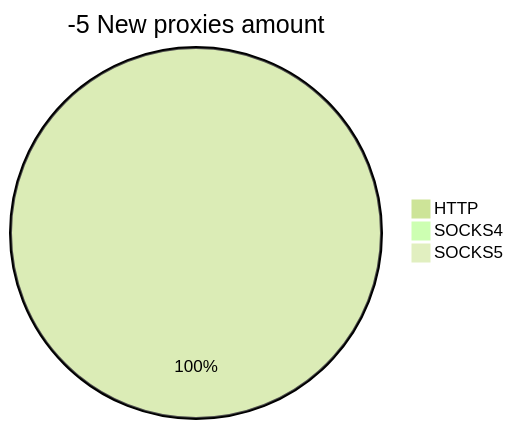
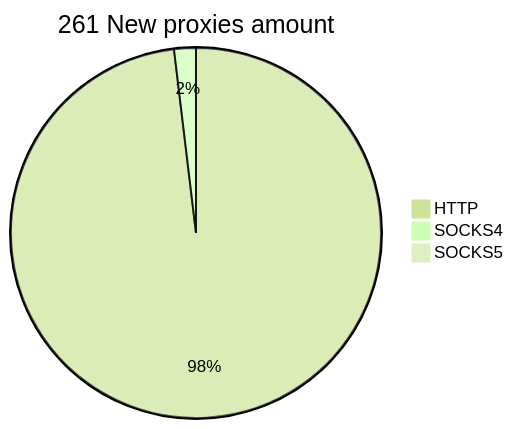
One commit to cutipu/proxylist changed the second of 2 diagrams in README.md. Above: the diagram before and after it, drawn with Mermaid (forest theme). The commit also changed other lines of this file, not shown here.

````diff
--- a/README.md
+++ b/README.md
@@ -10,6 +10,6 @@
 ```mermaid
-pie title -5 New proxies amount
-    "HTTP" : 11
-    "SOCKS4" : 0
+pie title 261 New proxies amount
+    "HTTP" : 258
+    "SOCKS4" : 5
     "SOCKS5" : 0
 ```
````
